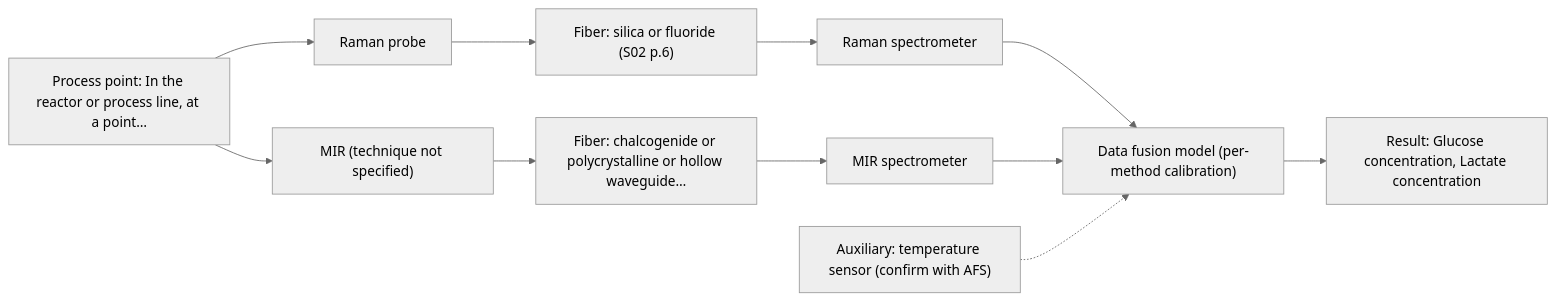
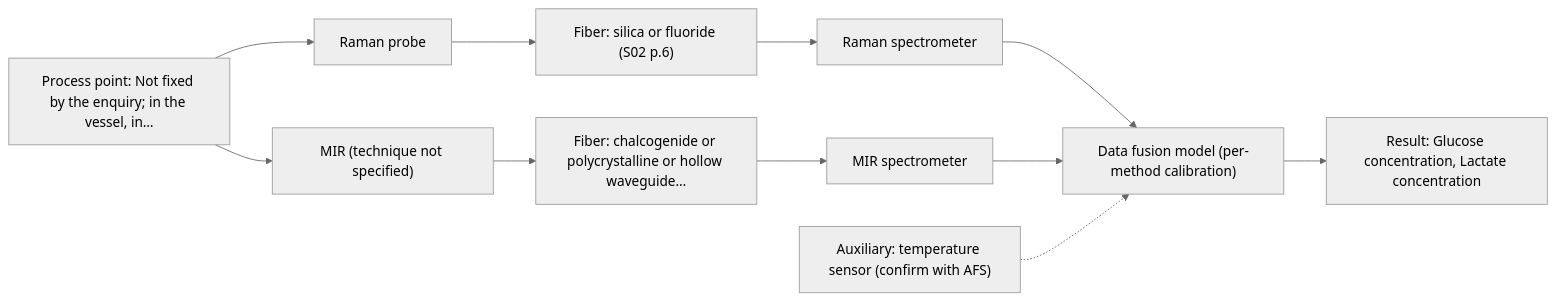
The second of 2 diagrams in outputs/dev/D04.md (sleipnir029/Afs-Spectroscopy-Assistant), drawn with Mermaid (neutral theme) before and after one commit. The commit also changed other lines of this file and 41 other files, not shown here.

````diff
--- a/outputs/dev/D04.md
+++ b/outputs/dev/D04.md
@@ -87,23 +81,23 @@
 ```mermaid
 flowchart LR
-    proc["Process point: In the reactor or process line, at a point…"]
+    proc["Process point: Not fixed by the enquiry; in the vessel, in…"]
     probe1["Raman probe"]
     fiber1["Fiber: silica or fluoride (S02 p.6)"]
     spec1["Raman spectrometer"]
     probe2["MIR (technique not specified)"]
     fiber2["Fiber: chalcogenide or polycrystalline or hollow waveguide…"]
     spec2["MIR spectrometer"]
     model["Data fusion model (per-method calibration)"]
     result["Result: Glucose concentration, Lactate concentration"]
     aux1["Auxiliary: temperature sensor (confirm with AFS)"]
     proc --> probe1
     probe1 --> fiber1
     fiber1 --> spec1
     spec1 --> model
     proc --> probe2
     probe2 --> fiber2
     fiber2 --> spec2
     spec2 --> model
     model --> result
     aux1 -.-> model
 ```
````
